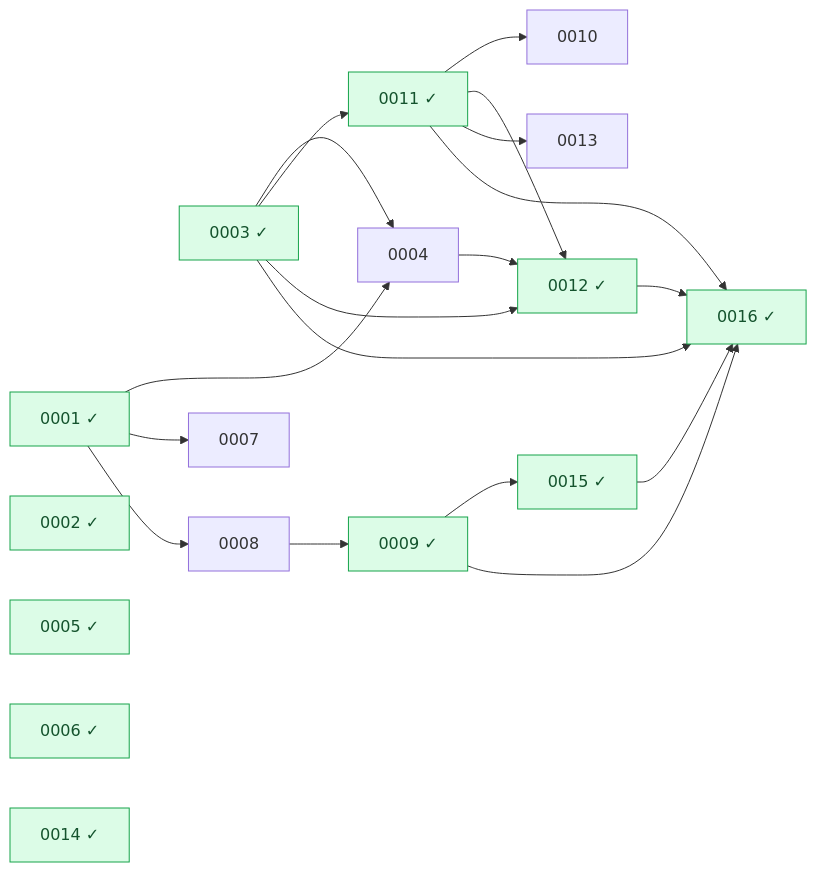
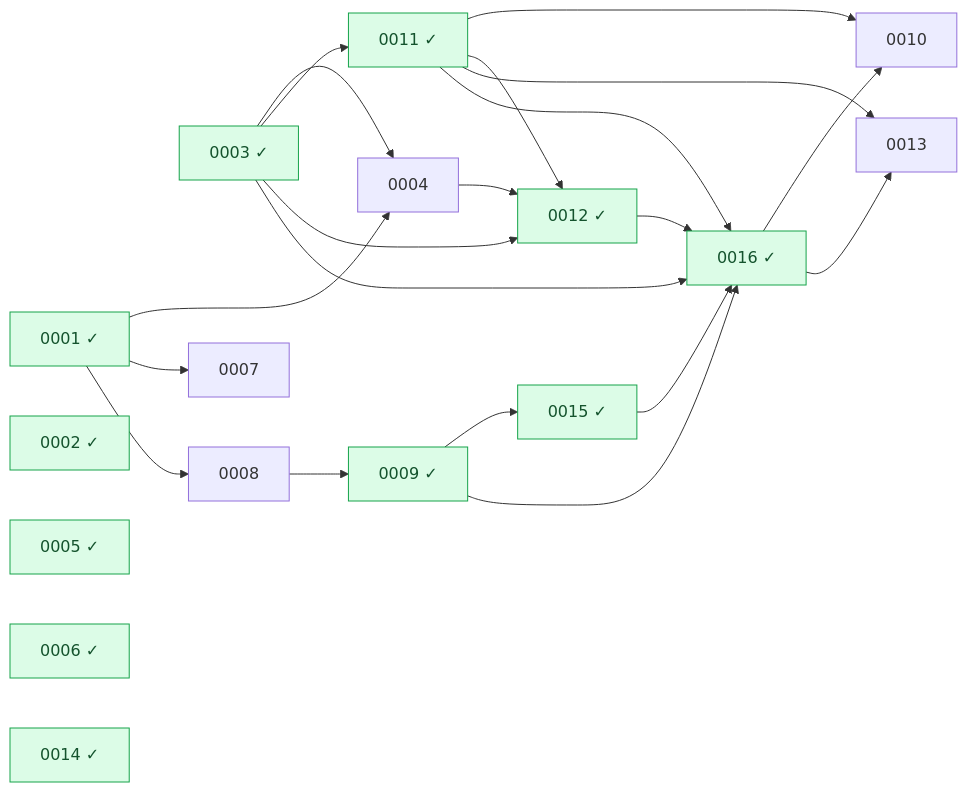
One commit to Heva-Co/piro changed the diagram in docs/rfcs/README.md. Above: the diagram before and after it, drawn with Mermaid. The commit also changed other lines of this file and 3 other files, not shown here.

````diff
--- a/docs/rfcs/README.md
+++ b/docs/rfcs/README.md
@@ -40,48 +40,50 @@
 ```mermaid
 graph LR
   n0001["0001 ✓"]
   n0002["0002 ✓"]
   n0003["0003 ✓"]
   n0004["0004"]
   n0005["0005 ✓"]
   n0006["0006 ✓"]
   n0007["0007"]
   n0008["0008"]
   n0009["0009 ✓"]
   n0010["0010"]
   n0011["0011 ✓"]
   n0012["0012 ✓"]
   n0013["0013"]
   n0014["0014 ✓"]
   n0015["0015 ✓"]
   n0016["0016 ✓"]
   n0001 --> n0004
   n0003 --> n0004
   n0001 --> n0007
   n0001 --> n0008
   n0008 --> n0009
   n0011 --> n0010
+  n0016 --> n0010
   n0003 --> n0011
   n0003 --> n0012
   n0004 --> n0012
   n0011 --> n0012
   n0011 --> n0013
+  n0016 --> n0013
   n0009 --> n0015
   n0003 --> n0016
   n0009 --> n0016
   n0011 --> n0016
   n0012 --> n0016
   n0015 --> n0016
   classDef done fill:#dcfce7,stroke:#16a34a,color:#14532d;
   class n0001 done;
   class n0002 done;
   class n0003 done;
   class n0005 done;
   class n0006 done;
   class n0009 done;
   class n0011 done;
   class n0012 done;
   class n0014 done;
   class n0015 done;
   class n0016 done;
 ```
````
